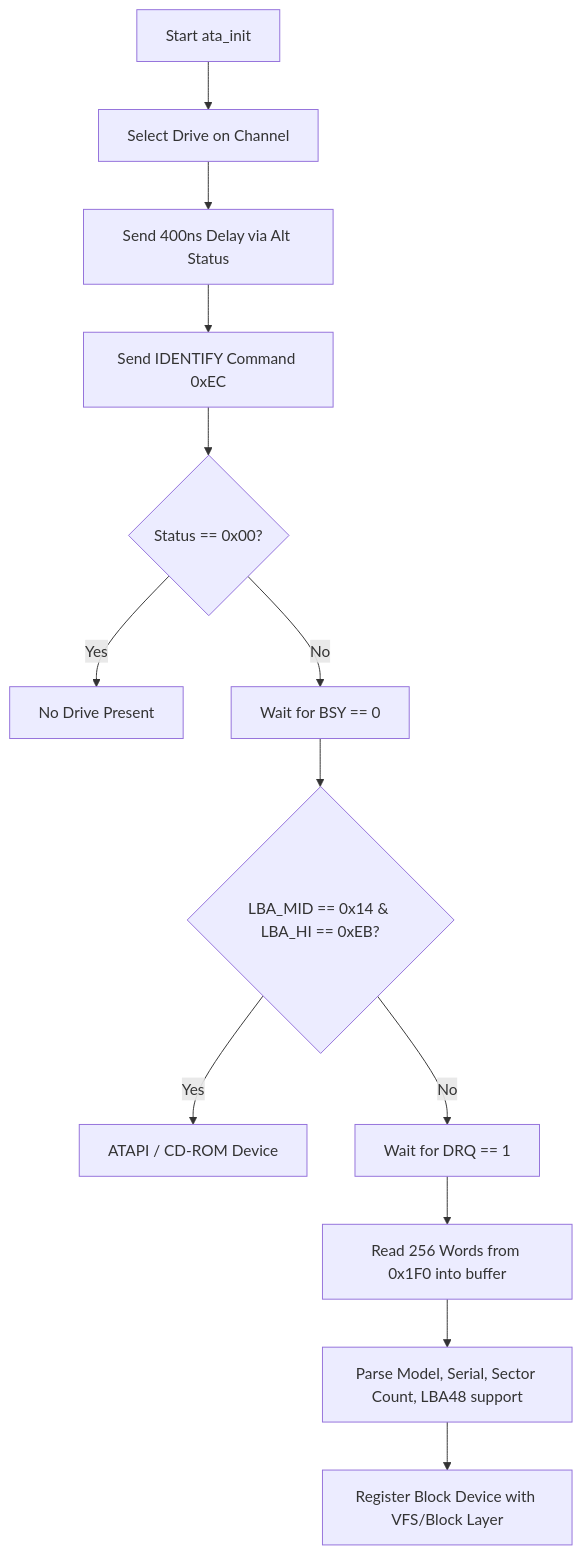
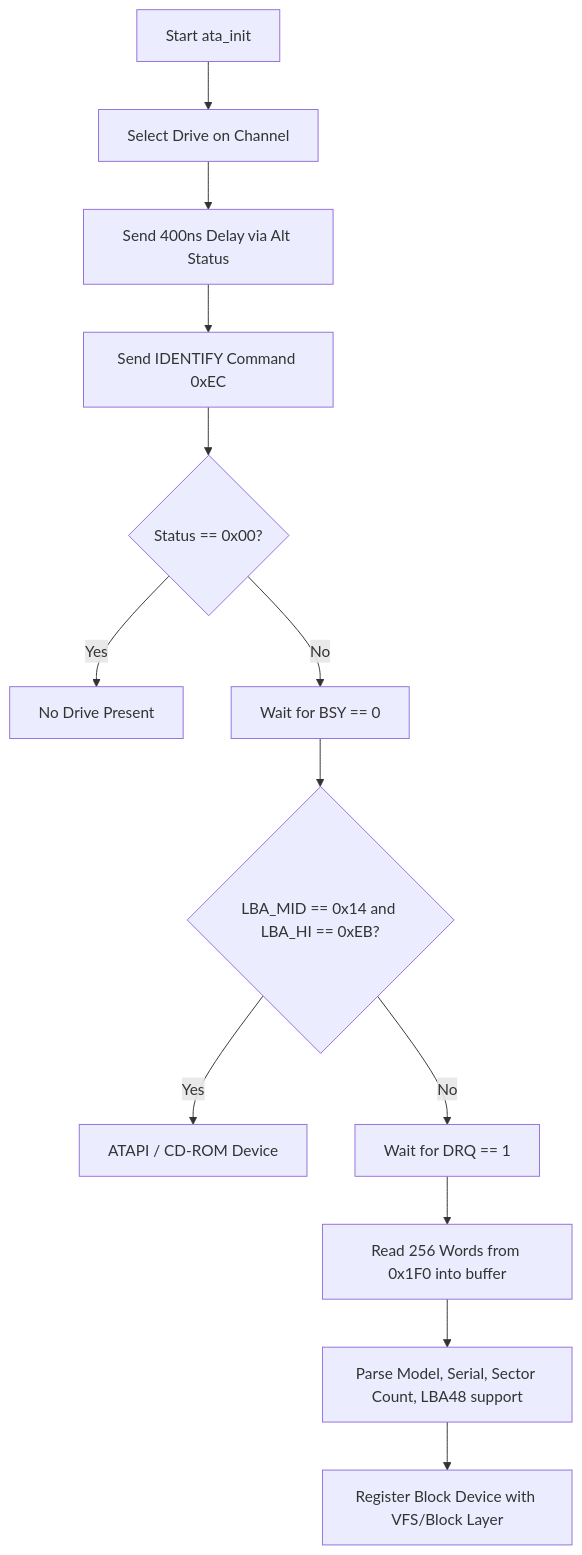
The diagram in docs/12-ata-storage-driver.md (vikman90/bangos), drawn with Mermaid before and after one commit. The commit also changed 4 other files, not shown here.

First line of the commit message:
fix(docs): correct Mermaid diagram syntax across documentation

````diff
--- a/docs/12-ata-storage-driver.md
+++ b/docs/12-ata-storage-driver.md
@@ -79,15 +79,15 @@
 ```mermaid
 flowchart TD
-    A[Start ata_init] --> B[Select Drive on Channel]
-    B --> C[Send 400ns Delay via Alt Status]
-    C --> D[Send IDENTIFY Command 0xEC]
-    D --> E{Status == 0x00?}
-    E -- Yes --> F[No Drive Present]
-    E -- No --> G[Wait for BSY == 0]
-    G --> H{LBA_MID == 0x14 & LBA_HI == 0xEB?}
-    H -- Yes --> I[ATAPI / CD-ROM Device]
-    H -- No --> J[Wait for DRQ == 1]
-    J --> K[Read 256 Words from 0x1F0 into buffer]
-    K --> L[Parse Model, Serial, Sector Count, LBA48 support]
-    L --> M[Register Block Device with VFS/Block Layer]
+    A["Start ata_init"] --> B["Select Drive on Channel"]
+    B --> C["Send 400ns Delay via Alt Status"]
+    C --> D["Send IDENTIFY Command 0xEC"]
+    D --> E{"Status == 0x00?"}
+    E -- Yes --> F["No Drive Present"]
+    E -- No --> G["Wait for BSY == 0"]
+    G --> H{"LBA_MID == 0x14 and LBA_HI == 0xEB?"}
+    H -- Yes --> I["ATAPI / CD-ROM Device"]
+    H -- No --> J["Wait for DRQ == 1"]
+    J --> K["Read 256 Words from 0x1F0 into buffer"]
+    K --> L["Parse Model, Serial, Sector Count, LBA48 support"]
+    L --> M["Register Block Device with VFS/Block Layer"]
 ```
````
